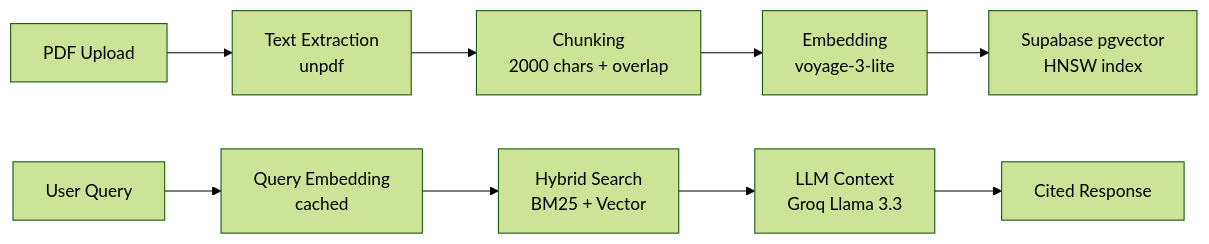
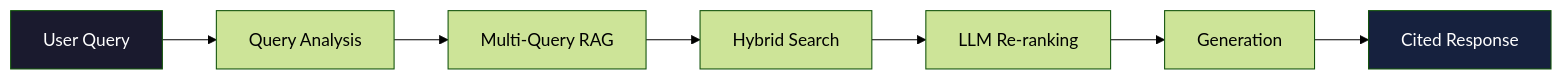
The first of 2 diagrams in README.md (davidfertube/spec-agents), drawn with Mermaid (forest theme) before and after one commit. The commit also changed other lines of this file and 34 other files, not shown here.

````diff
--- a/README.md
+++ b/README.md
@@ -50,12 +33,12 @@
 ```mermaid
 graph LR
-    A[PDF Upload] --> B[Text Extraction<br/>unpdf]
-    B --> C[Chunking<br/>2000 chars + overlap]
-    C --> D[Embedding<br/>voyage-3-lite]
-    D --> E[Supabase pgvector<br/>HNSW index]
+    A[User Query] --> B[Query Analysis]
+    B --> C[Multi-Query RAG]
+    C --> D[Hybrid Search]
+    D --> E[LLM Re-ranking]
+    E --> F[Generation]
+    F --> G[Cited Response]
 
-    F[User Query] --> G[Query Embedding<br/>cached]
-    G --> H[Hybrid Search<br/>BM25 + Vector]
-    H --> I[LLM Context<br/>Groq Llama 3.3]
-    I --> J[Cited Response]
+    style A fill:#1a1a2e,color:#fff
+    style G fill:#16213e,color:#fff
 ```
````
